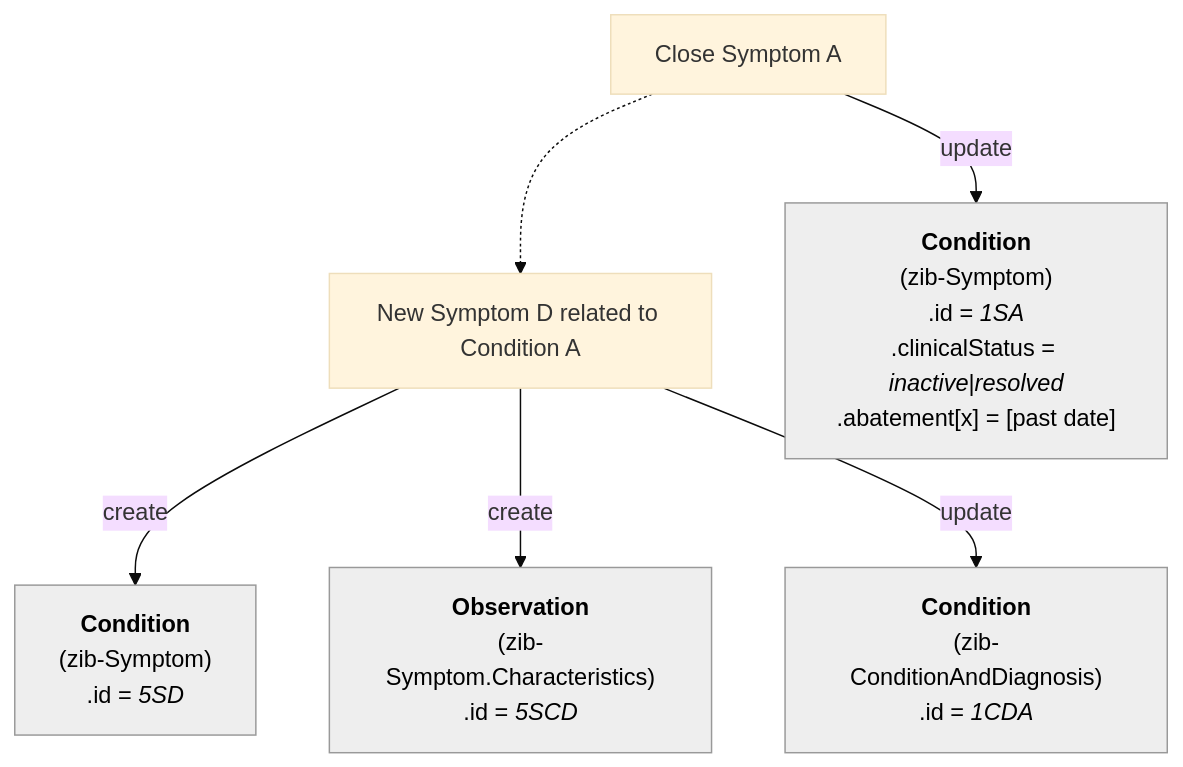
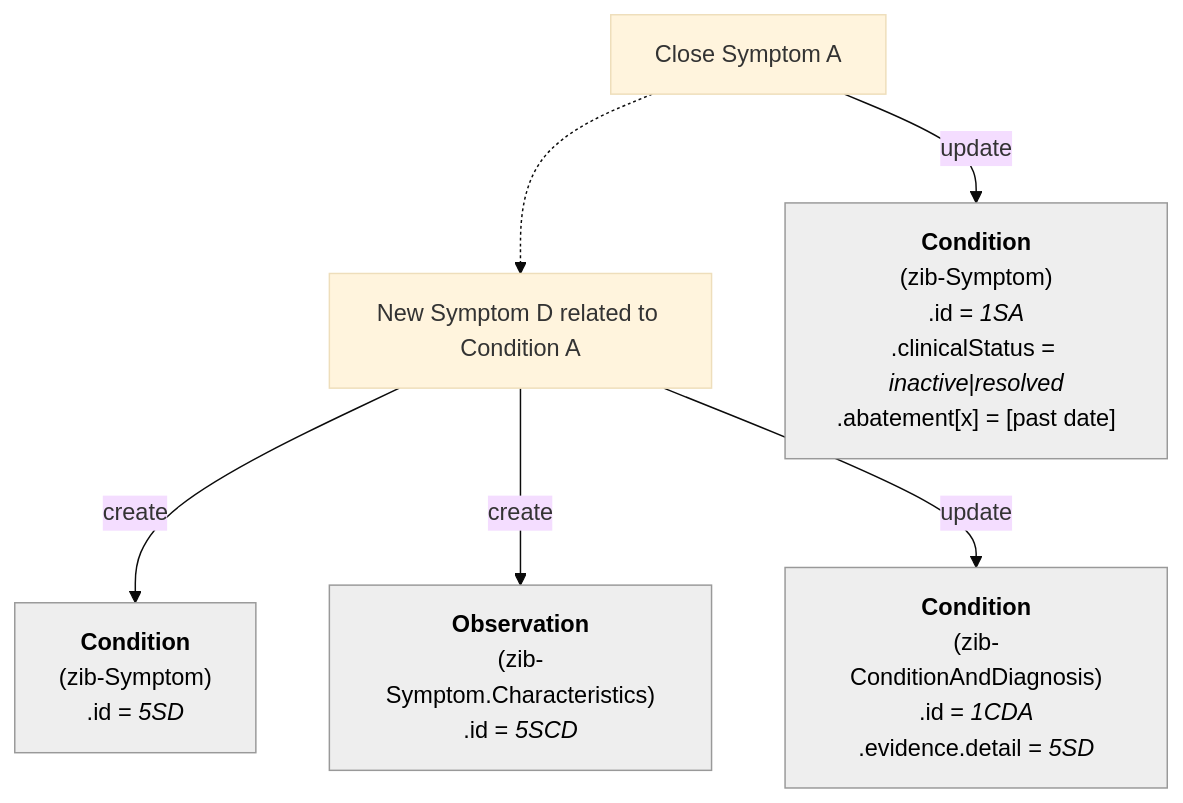
The seventh of 13 diagrams in documentation/Condition-Diagnosis-Symptom.md (Nictiz/Nictiz-R4-zib2024), drawn with Mermaid (base theme) before and after one commit. The commit also changed other lines of this file, not shown here.

````diff
--- a/documentation/Condition-Diagnosis-Symptom.md
+++ b/documentation/Condition-Diagnosis-Symptom.md
@@ -191,37 +194,38 @@
 ```mermaid
 flowchart TB
 
 CloseSymptom_A["`Close Symptom A`"]
 NewSymptom_D["`New Symptom D related to Condition A`"]
 
 CloseSymptom_A -.-> NewSymptom_D
 
     S_A["`**Condition**
         (zib-Symptom)
         .id = _1SA_
         .clinicalStatus = _inactive_|_resolved_
         .abatement[x] = [past date]`"]    
 
     CD_A["`**Condition**
         (zib-ConditionAndDiagnosis)
-        .id = _1CDA_`"] 
+        .id = _1CDA_
+        .evidence.detail = _5SD_`"] 
 
     S_D["`**Condition**
         (zib-Symptom)
         .id = _5SD_`"]
     SC_D["`**Observation**
         (zib-Symptom.Characteristics)
         .id = _5SCD_`"]    
 
     S_A:::Ash
     CD_A:::Ash
     S_D:::Ash
     SC_D:::Ash
     classDef Ash stroke-width:1px, stroke-dasharray:none, stroke:#999999, fill:#EEEEEE, color:#000000
 
 CloseSymptom_A -- update --> S_A
 NewSymptom_D -- create --> S_D
 NewSymptom_D -- create --> SC_D
 NewSymptom_D -- update --> CD_A
 
 ```
````
